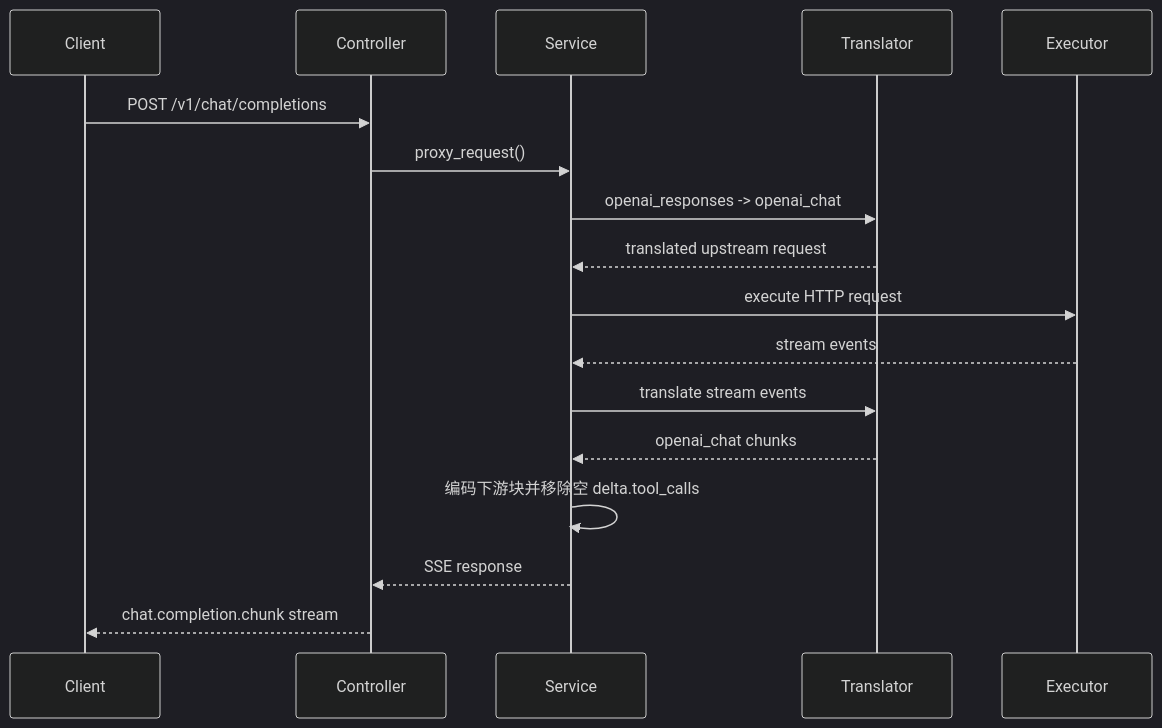
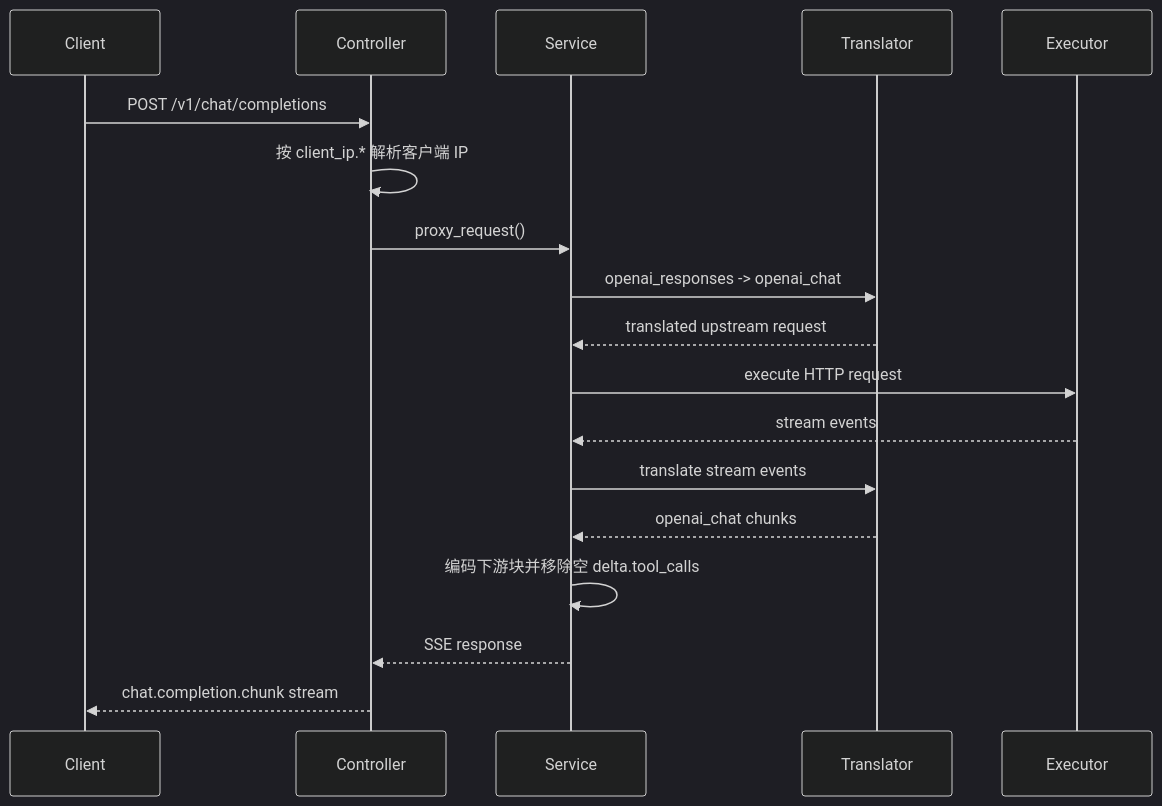
Before and after one commit to VonSdite/LLM_Proxy: the first of 3 diagrams in docs/architecture-4plus1.md, drawn with Mermaid (dark theme). The commit also changed other lines of this file and 11 other files, not shown here.

````diff
--- a/docs/architecture-4plus1.md
+++ b/docs/architecture-4plus1.md
@@ -578,20 +595,21 @@
 ```mermaid
 sequenceDiagram
     participant Client
     participant Controller
     participant Service
     participant Translator
     participant Executor
 
     Client->>Controller: POST /v1/chat/completions
+    Controller->>Controller: 按 client_ip.* 解析客户端 IP
     Controller->>Service: proxy_request()
     Service->>Translator: openai_responses -> openai_chat
     Translator-->>Service: translated upstream request
     Service->>Executor: execute HTTP request
     Executor-->>Service: stream events
     Service->>Translator: translate stream events
     Translator-->>Service: openai_chat chunks
     Service->>Service: 编码下游块并移除空 delta.tool_calls
     Service-->>Controller: SSE response
     Controller-->>Client: chat.completion.chunk stream
 ```
````
